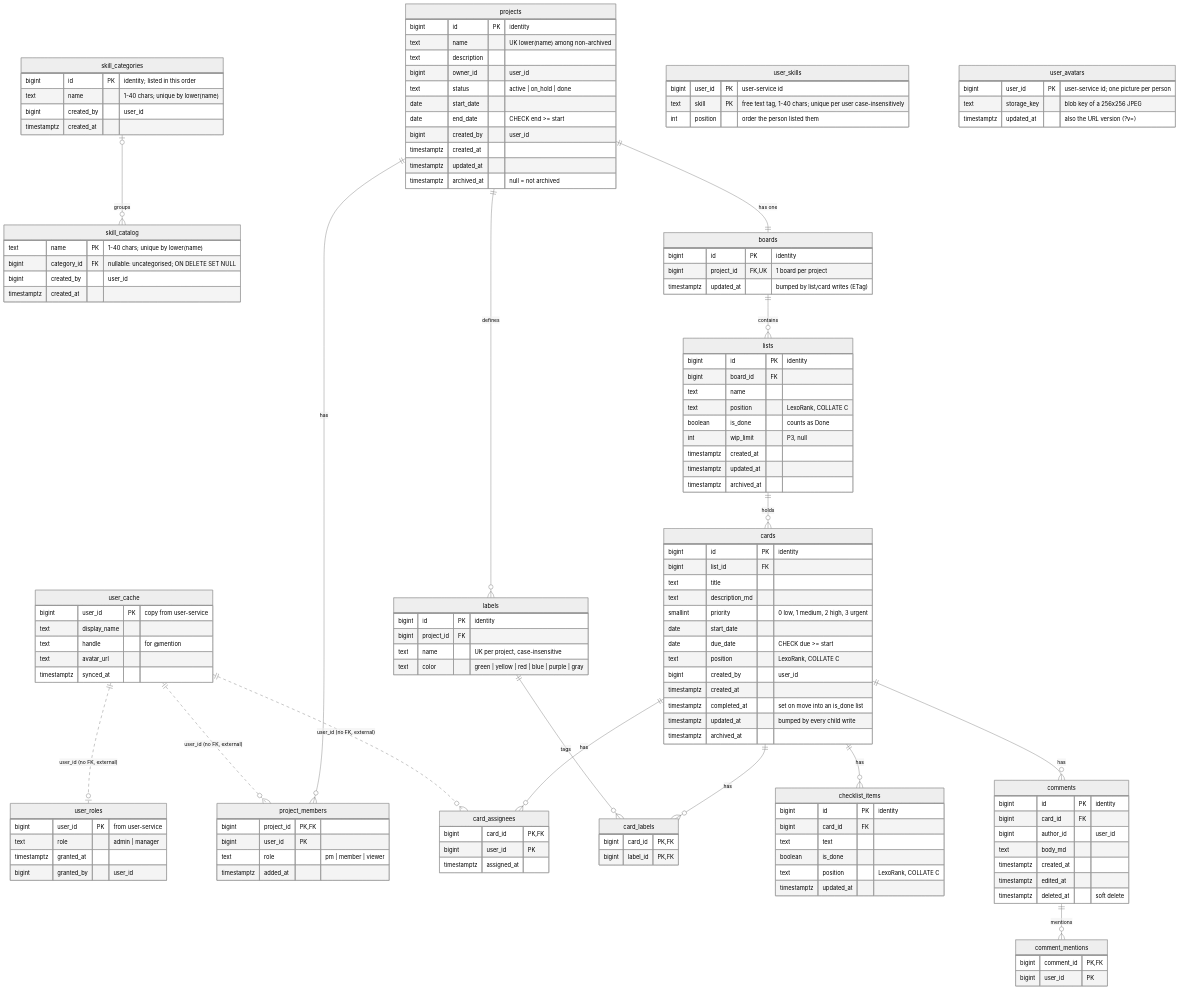
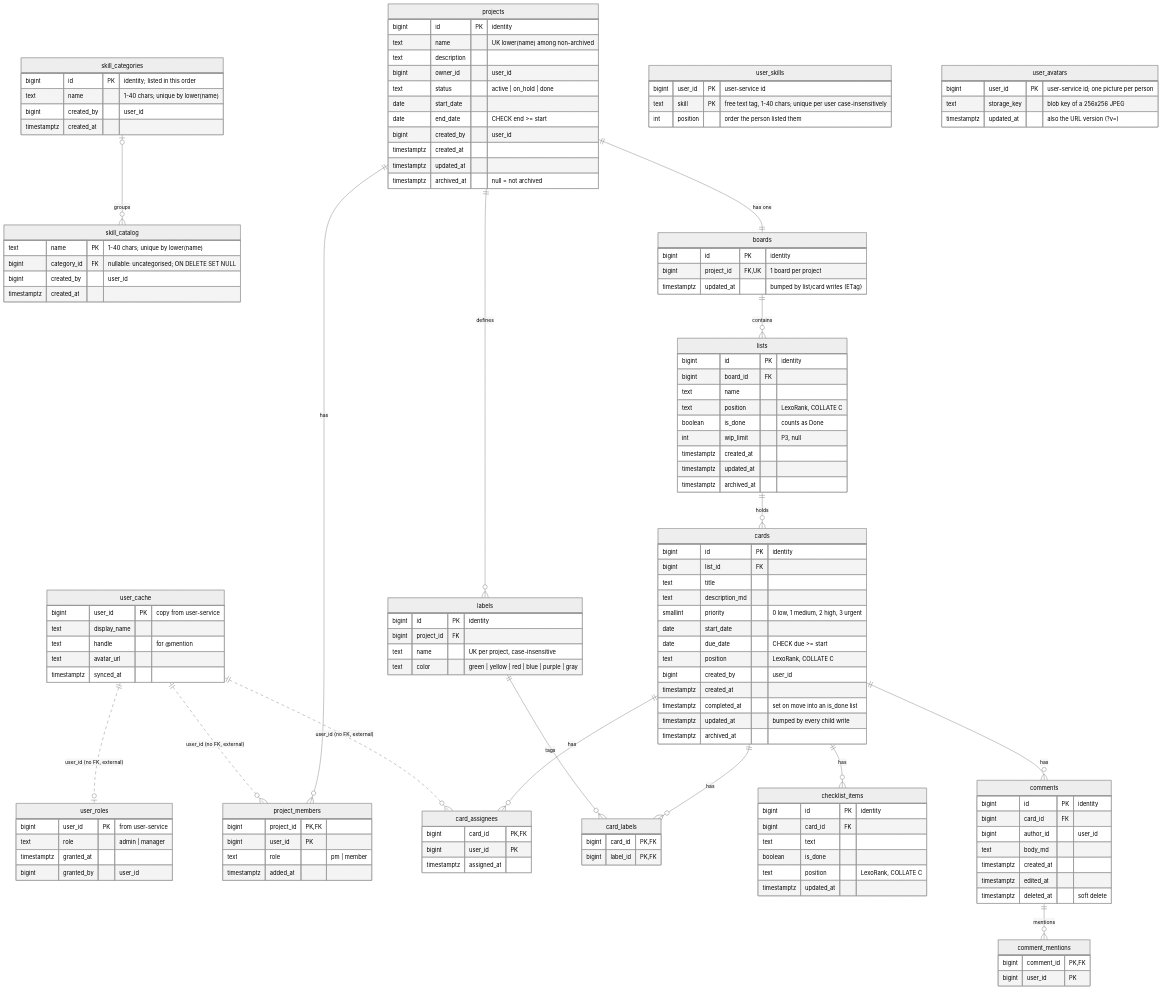
Before and after one commit to JklvJohny/Project-tracking: the first of 2 diagrams in docs/ERD.md, drawn with Mermaid (neutral theme). The commit also changed other lines of this file and 47 other files, not shown here.

First line of the commit message:
feat(tracking): drop the viewer project role

```diff
--- a/docs/ERD.md
+++ b/docs/ERD.md
@@ -75,7 +75,7 @@
     project_members {
         bigint project_id PK,FK
         bigint user_id PK
-        text role "pm | member | viewer"
+        text role "pm | member"
         timestamptz added_at
     }
     boards {
```
